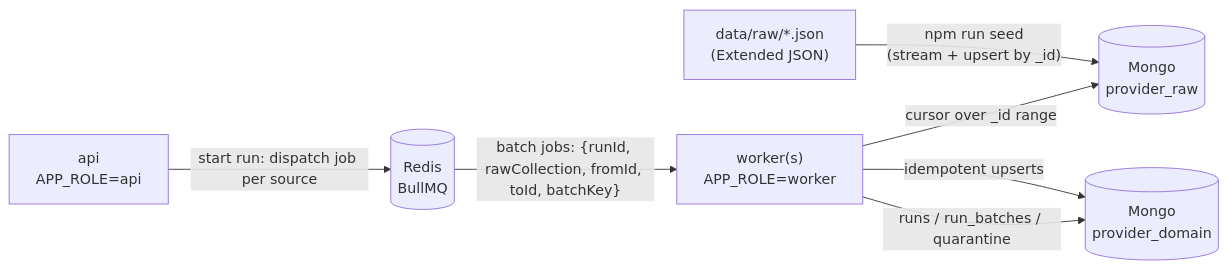
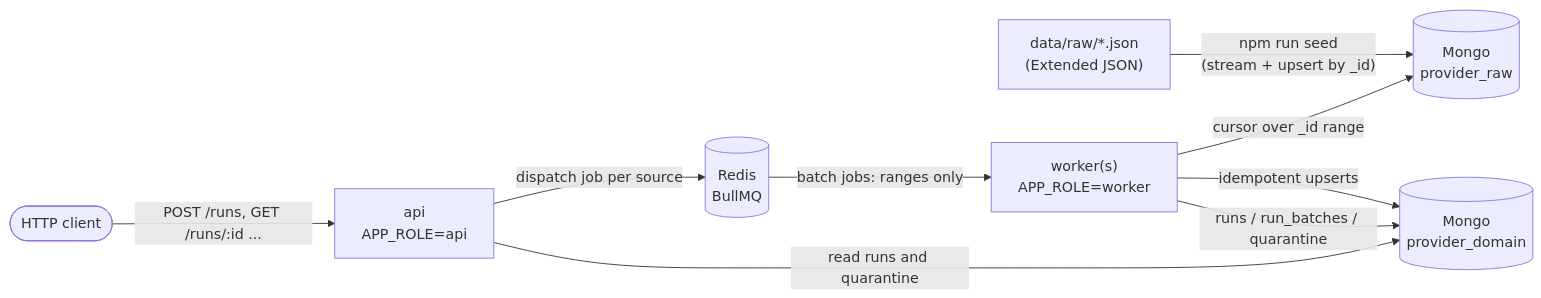
One commit to Scorpi35/sharkhood-technical-assignment changed the first of 4 diagrams in ARCHITECTURE.md. Above: the diagram before and after it, drawn with Mermaid. The commit also changed other lines of this file and 5 other files, not shown here.

First line of the commit message:
docs: README, ARCHITECTURE, consistency pass and CI (T13)

````diff
--- a/ARCHITECTURE.md
+++ b/ARCHITECTURE.md
@@ -12,9 +22,11 @@
 ```mermaid
 flowchart LR
     files["data/raw/*.json<br/>(Extended JSON)"] -- "npm run seed<br/>(stream + upsert by _id)" --> raw[("Mongo<br/>provider_raw")]
-    api["api<br/>APP_ROLE=api"] -- "start run: dispatch job per source" --> redis[("Redis<br/>BullMQ")]
-    redis -- "batch jobs: {runId, rawCollection, fromId, toId, batchKey}" --> worker["worker(s)<br/>APP_ROLE=worker"]
+    client(["HTTP client"]) -- "POST /runs, GET /runs/:id ..." --> api["api<br/>APP_ROLE=api"]
+    api -- "dispatch job per source" --> redis[("Redis<br/>BullMQ")]
+    redis -- "batch jobs: ranges only" --> worker["worker(s)<br/>APP_ROLE=worker"]
     worker -- "cursor over _id range" --> raw
     worker -- "idempotent upserts" --> target[("Mongo<br/>provider_domain")]
     worker -- "runs / run_batches / quarantine" --> target
+    api -- "read runs and quarantine" --> target
 ```
````
